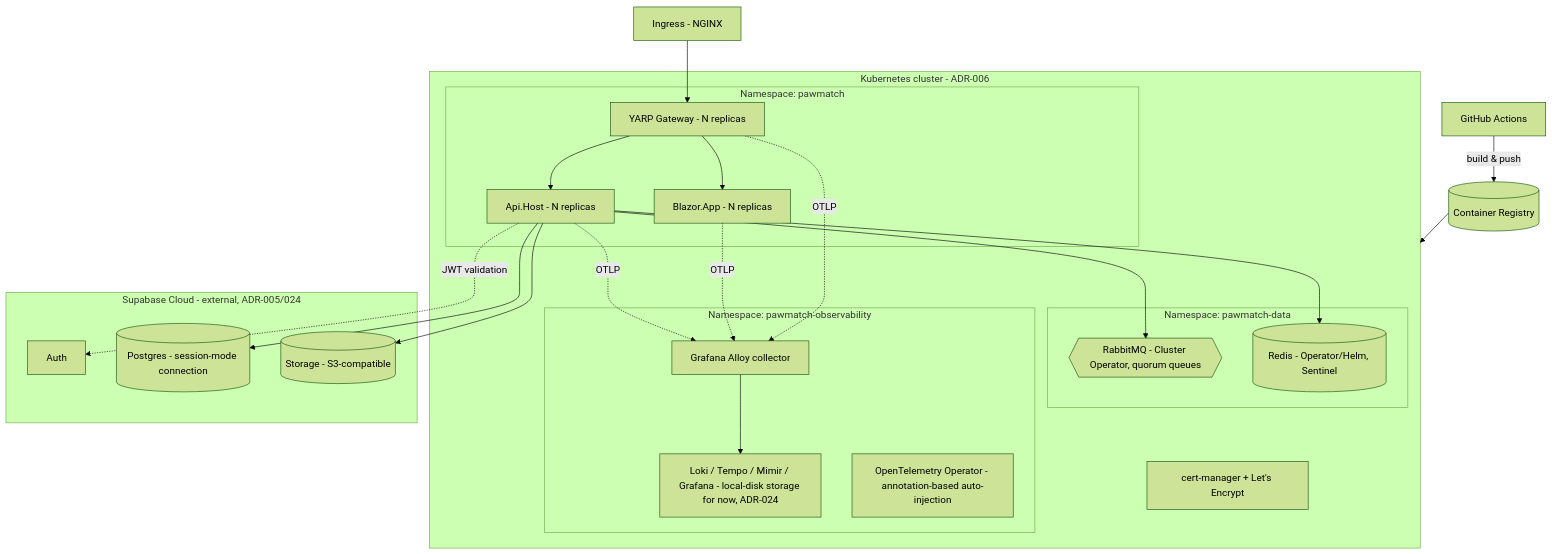
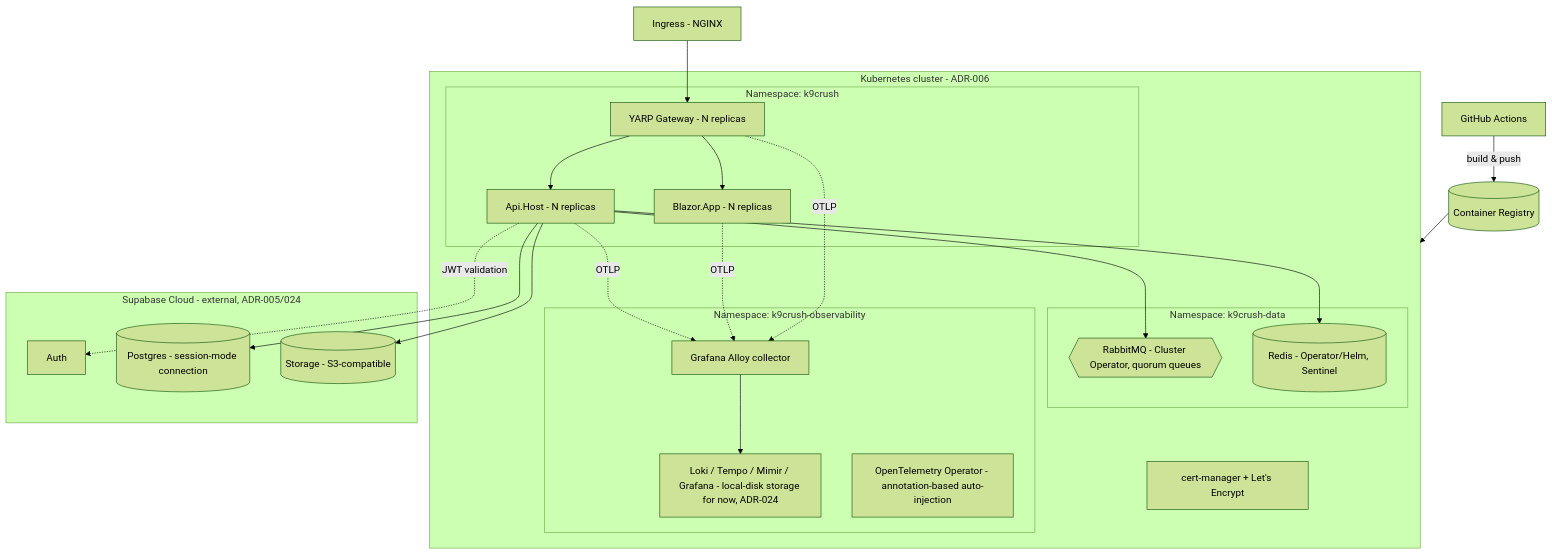
One commit to Powerworks/K9DatingApp changed the fourth of 4 diagrams in Solution Arch/03-solution-architecture (4).md. Above: the diagram before and after it, drawn with Mermaid (forest theme). The commit also changed other lines of this file and 353 other files, not shown here.

````diff
--- a/Solution Arch/03-solution-architecture (4).md
+++ b/Solution Arch/03-solution-architecture (4).md
@@ -230,39 +230,39 @@
 ```mermaid
 flowchart TB
     subgraph Cluster[Kubernetes cluster - ADR-006]
-        subgraph ns1[Namespace: pawmatch]
+        subgraph ns1[Namespace: k9crush]
             GW[YARP Gateway - N replicas]
             APIHOST[Api.Host - N replicas]
             BLAZOR[Blazor.App - N replicas]
         end
-        subgraph ns2[Namespace: pawmatch-data]
+        subgraph ns2[Namespace: k9crush-data]
             RMQ{{RabbitMQ - Cluster Operator, quorum queues}}
             REDIS[(Redis - Operator/Helm, Sentinel)]
         end
-        subgraph ns4[Namespace: pawmatch-observability]
+        subgraph ns4[Namespace: k9crush-observability]
             ALLOY[Grafana Alloy collector]
             LGTM[Loki / Tempo / Mimir / Grafana - local-disk storage for now, ADR-024]
             OTELOP[OpenTelemetry Operator - annotation-based auto-injection]
         end
         CERTMGR[cert-manager + Let's Encrypt]
     end
     subgraph Supabase[Supabase Cloud - external, ADR-005/024]
         SBAUTH[Auth]
         SBPG[(Postgres - session-mode connection)]
         SBSTORAGE[(Storage - S3-compatible)]
     end
     LB[Ingress - NGINX] --> GW
     GW --> BLAZOR
     GW --> APIHOST
     APIHOST --> SBPG
     APIHOST --> REDIS
     APIHOST --> RMQ
     APIHOST --> SBSTORAGE
     APIHOST -.->|JWT validation| SBAUTH
     APIHOST -. OTLP .-> ALLOY
     BLAZOR -. OTLP .-> ALLOY
     GW -. OTLP .-> ALLOY
     ALLOY --> LGTM
     GH[GitHub Actions] -->|build & push| Reg[(Container Registry)]
     Reg --> Cluster
 ```
````
